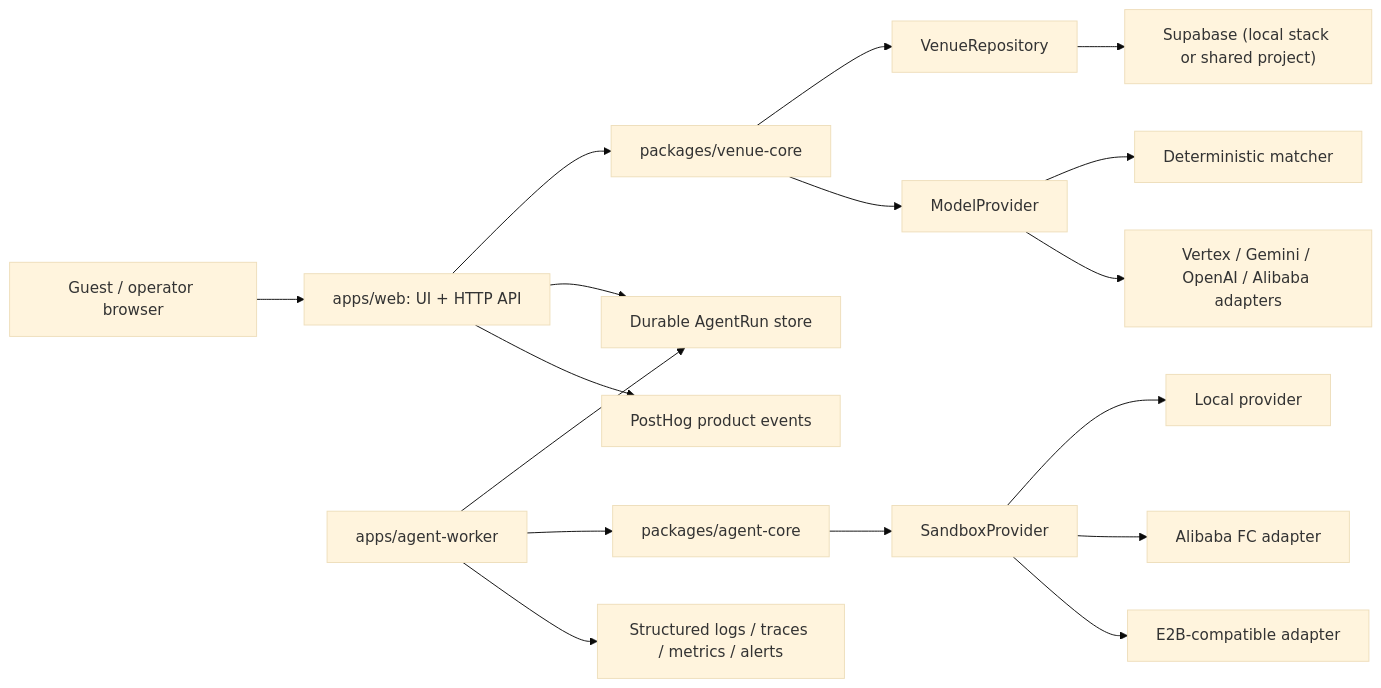
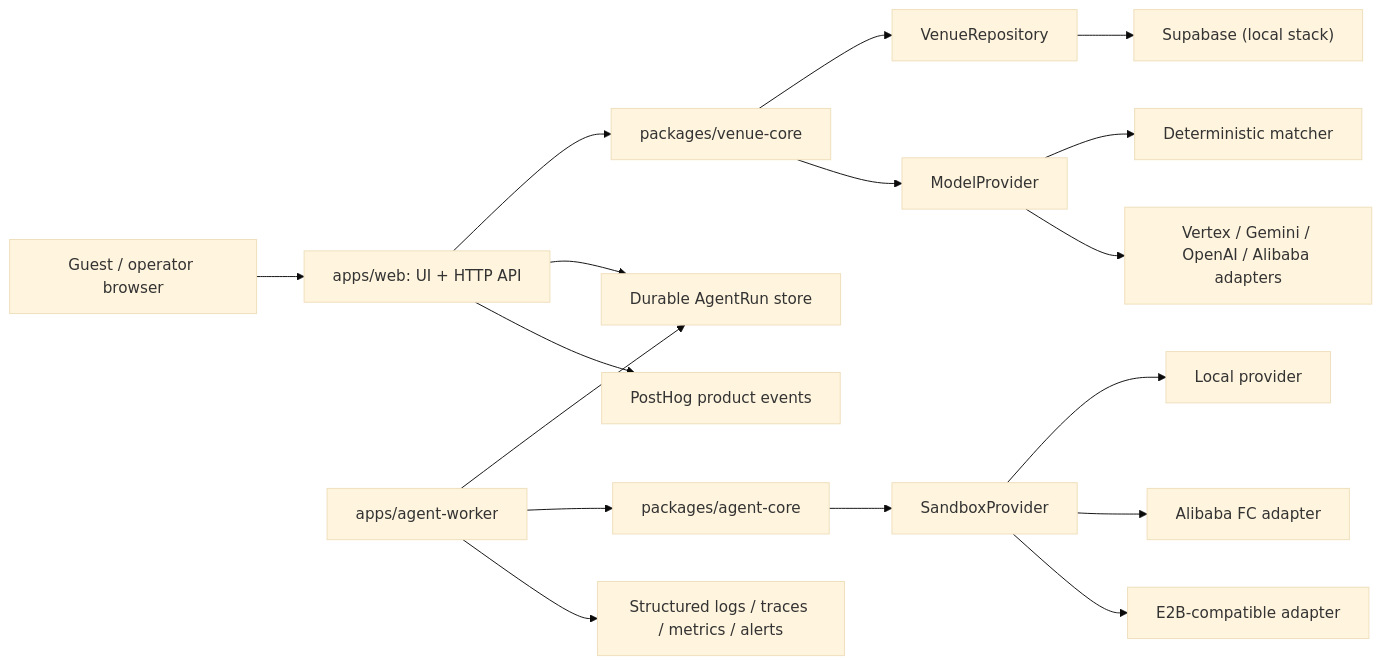
Before and after one commit to daaabing/vibetail-v2: the diagram in docs/architecture/target-architecture.md, drawn with Mermaid (base theme). The commit also changed other lines of this file and 12 other files, not shown here.

````diff
--- a/docs/architecture/target-architecture.md
+++ b/docs/architecture/target-architecture.md
@@ -11,19 +11,19 @@
 ```mermaid
 flowchart LR
   Browser["Guest / operator browser"] --> Web["apps/web: UI + HTTP API"]
   Web --> Venue["packages/venue-core"]
   Venue --> Repo["VenueRepository"]
-  Repo --> Supabase["Supabase (local stack or shared project)"]
+  Repo --> Supabase["Supabase (local stack)"]
   Venue --> Model["ModelProvider"]
   Model --> Deterministic["Deterministic matcher"]
   Model --> RemoteModels["Vertex / Gemini / OpenAI / Alibaba adapters"]
   Web --> RunStore["Durable AgentRun store"]
   Worker["apps/agent-worker"] --> RunStore
   Worker --> Agent["packages/agent-core"]
   Agent --> Sandbox["SandboxProvider"]
   Sandbox --> Local["Local provider"]
   Sandbox --> FC["Alibaba FC adapter"]
   Sandbox --> E2B["E2B-compatible adapter"]
   Web --> Telemetry["PostHog product events"]
   Worker --> Observability["Structured logs / traces / metrics / alerts"]
 ```
````
